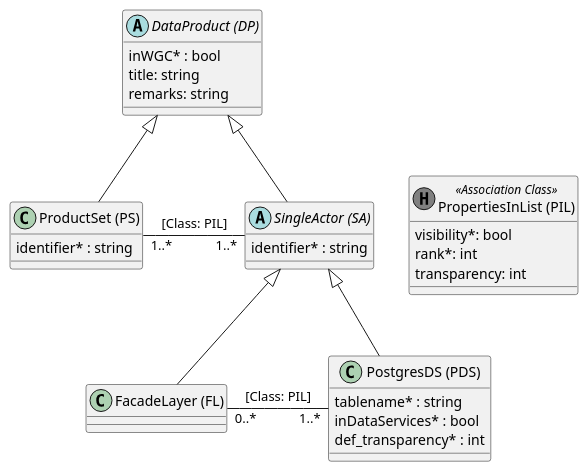
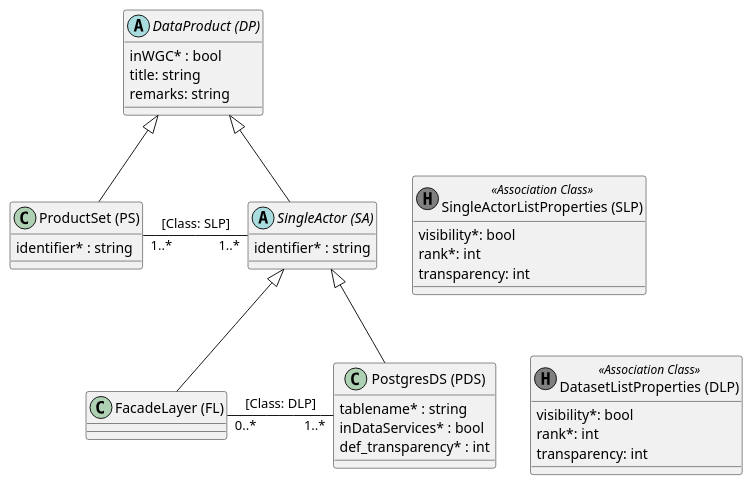
Before and after one commit to simi-so/mm: the diagram in puml/src/proto_model_v1.puml, drawn with PlantUML. The commit also changed 3 other files, not shown here.

Commit message:
Protos: split class PropertiesInList in two

```diff
--- a/puml/src/proto_model_v1.puml
+++ b/puml/src/proto_model_v1.puml
@@ -1,43 +1,50 @@
 @startuml
 
 abstract class "DataProduct (DP)" as dp {
     inWGC* : bool
     title: string
     remarks: string
 }
 
 class "ProductSet (PS)" as ps {
     identifier* : string
 }
 
 abstract class "SingleActor (SA)" as sa {
     identifier* : string
 }
 
 class "FacadeLayer (FL)" as fl
 
 class "PostgresDS (PDS)" as pds {
     tablename* : string
     inDataServices* : bool
     def_transparency* : int
 }
 
-class "PropertiesInList (PIL)" as pil << (H, grey) Association Class >> {
+class "DatasetListProperties (DLP)" as dlp << (H, grey) Association Class >> {
+    visibility*: bool
+    rank*: int
+    transparency: int
+}
+
+class "SingleActorListProperties (SLP)" as slp << (H, grey) Association Class >> {
     visibility*: bool
     rank*: int
     transparency: int
 }
 
 dp <|-- ps
 
 dp <|-- sa
 sa <|-- pds
 sa <|-- fl
 
-ps "1..*" - "1..*" sa : [Class: PIL]
-fl "0..*" - "1..*" pds : [Class: PIL]
+ps "1..*" - "1..*" sa : [Class: SLP]
+fl "0..*" - "1..*" pds : [Class: DLP]
 
 ' layout help
-sa -[hidden]> pil
+sa -[hidden]> slp
+pds -[hidden]> dlp
 
 @enduml
```
